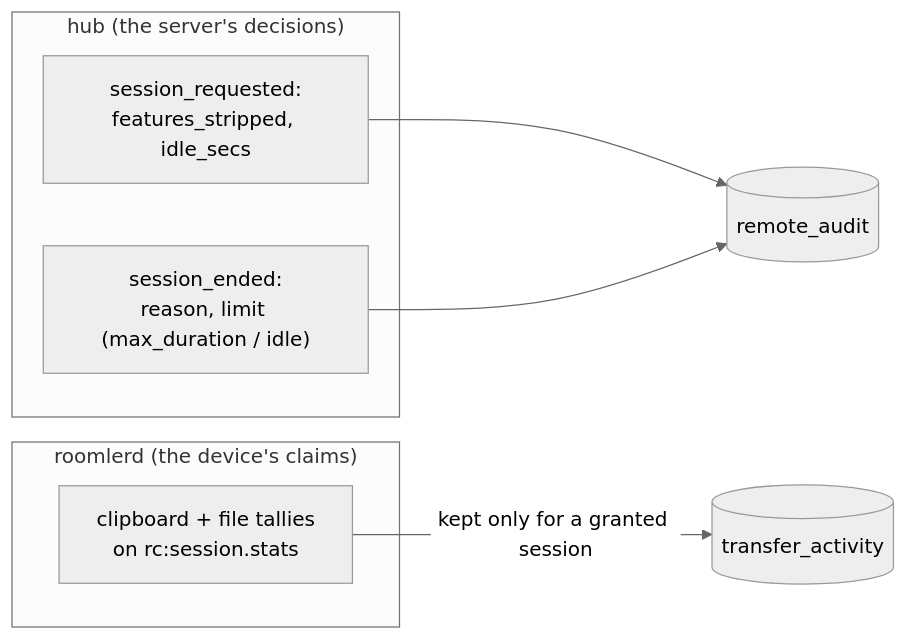
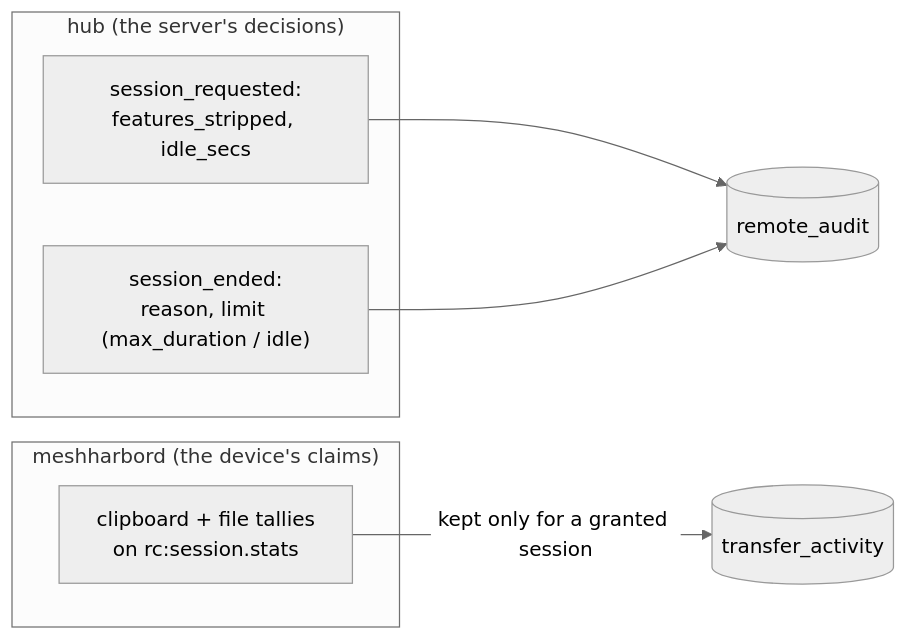
The second of 2 diagrams in docs/security-baseline.md (jk-zhang-meta/MeshHarbor), drawn with Mermaid (neutral theme) before and after one commit. The commit also changed other lines of this file and 682 other files, not shown here.

````diff
--- a/docs/security-baseline.md
+++ b/docs/security-baseline.md
@@ -452,13 +452,13 @@
 ```mermaid
 flowchart LR
     subgraph hub["hub (the server's decisions)"]
         REQ["session_requested:<br/>features_stripped, idle_secs"]
         END["session_ended:<br/>reason, limit (max_duration / idle)"]
     end
-    subgraph dev["roomlerd (the device's claims)"]
+    subgraph dev["meshharbord (the device's claims)"]
         TR["clipboard + file tallies<br/>on rc:session.stats"]
     end
     REQ --> RA[("remote_audit")]
     END --> RA
     TR -->|"kept only for a granted session"| TA[("transfer_activity")]
 ```
````
